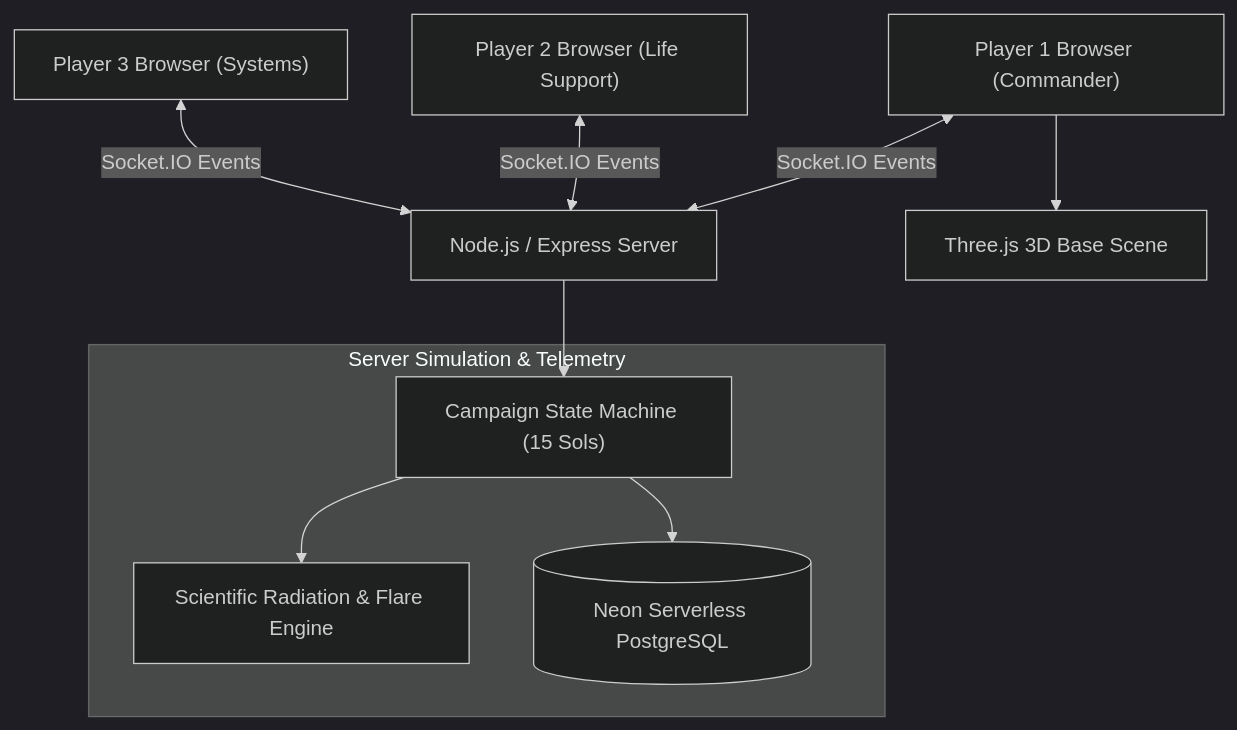
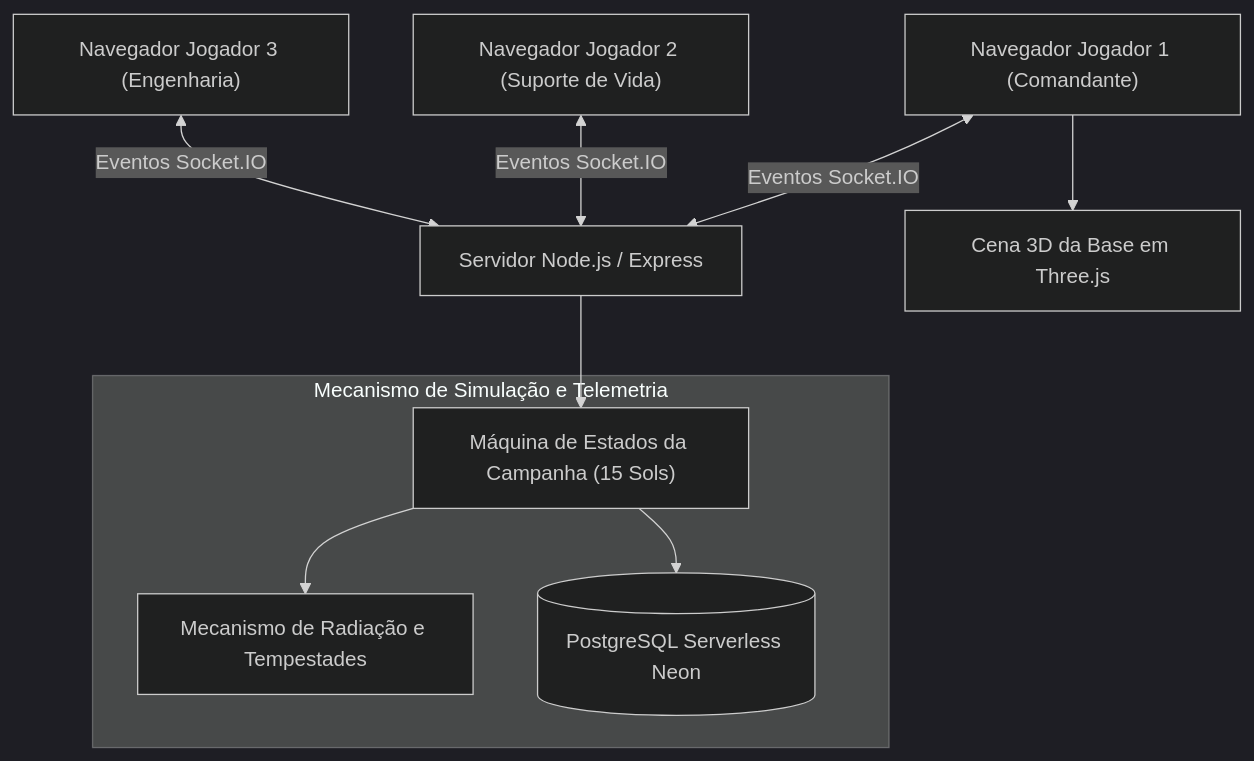
One commit to Fcsscoder/case-studies changed the first of 2 diagrams in 3d-graphics-and-simulation/multiplayer-space-flight-simulation/README.md. Above: the diagram before and after it, drawn with Mermaid (dark theme). The commit also changed other lines of this file and 21 other files, not shown here.

````diff
--- a/3d-graphics-and-simulation/multiplayer-space-flight-simulation/README.md
+++ b/3d-graphics-and-simulation/multiplayer-space-flight-simulation/README.md
@@ -9,17 +9,17 @@
 ```mermaid
 graph TD
-    Client1["Player 1 Browser (Commander)"] <-->|Socket.IO Events| Server["Node.js / Express Server"]
-    Client2["Player 2 Browser (Life Support)"] <-->|Socket.IO Events| Server
-    Client3["Player 3 Browser (Systems)"] <-->|Socket.IO Events| Server
+    Client1["Navegador Jogador 1 (Comandante)"] <-->|Eventos Socket.IO| Server["Servidor Node.js / Express"]
+    Client2["Navegador Jogador 2 (Suporte de Vida)"] <-->|Eventos Socket.IO| Server
+    Client3["Navegador Jogador 3 (Engenharia)"] <-->|Eventos Socket.IO| Server
     
-    subgraph CoreEngine ["Server Simulation & Telemetry"]
-        SimLoop["Campaign State Machine (15 Sols)"]
-        Radiation["Scientific Radiation & Flare Engine"]
-        DB[("Neon Serverless PostgreSQL")]
+    subgraph CoreEngine ["Mecanismo de Simulação e Telemetria"]
+        SimLoop["Máquina de Estados da Campanha (15 Sols)"]
+        Radiation["Mecanismo de Radiação e Tempestades"]
+        DB[("PostgreSQL Serverless Neon")]
     end
     
     Server --> SimLoop
     SimLoop --> Radiation
     SimLoop --> DB
-    Client1 --> 3DScene["Three.js 3D Base Scene"]
+    Client1 --> 3DScene["Cena 3D da Base em Three.js"]
 ```
````
